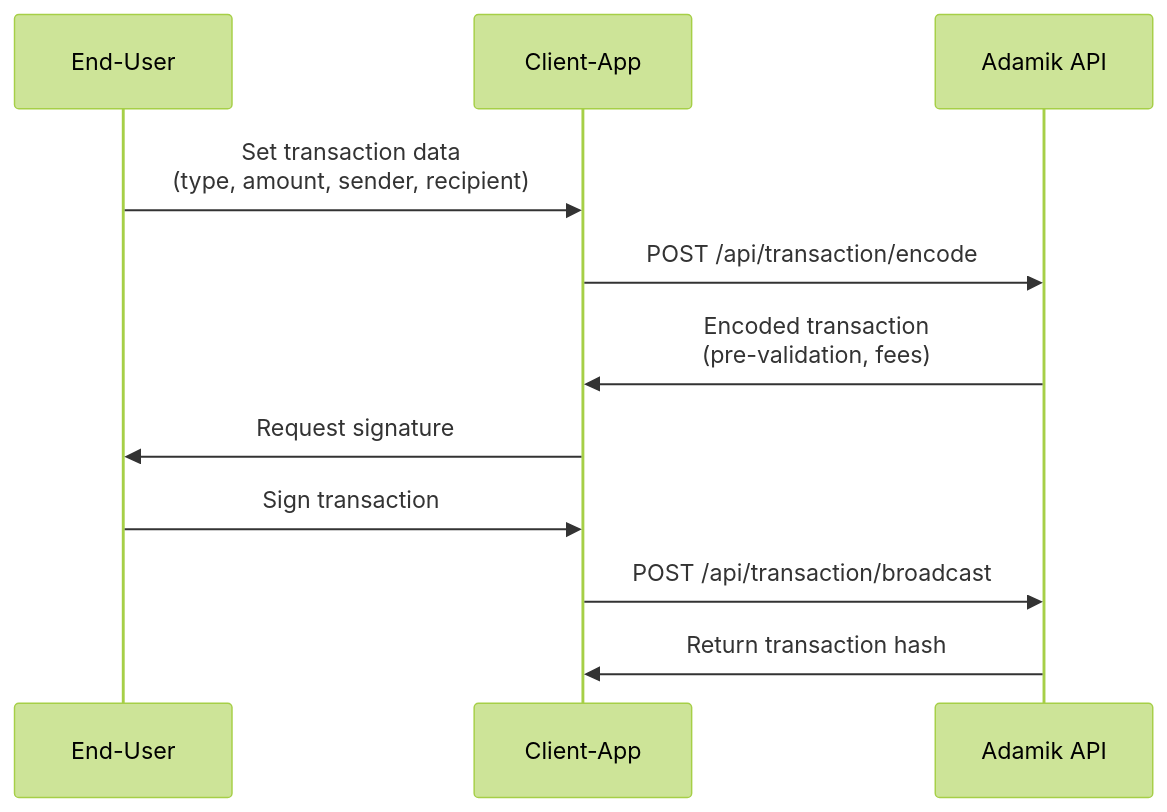
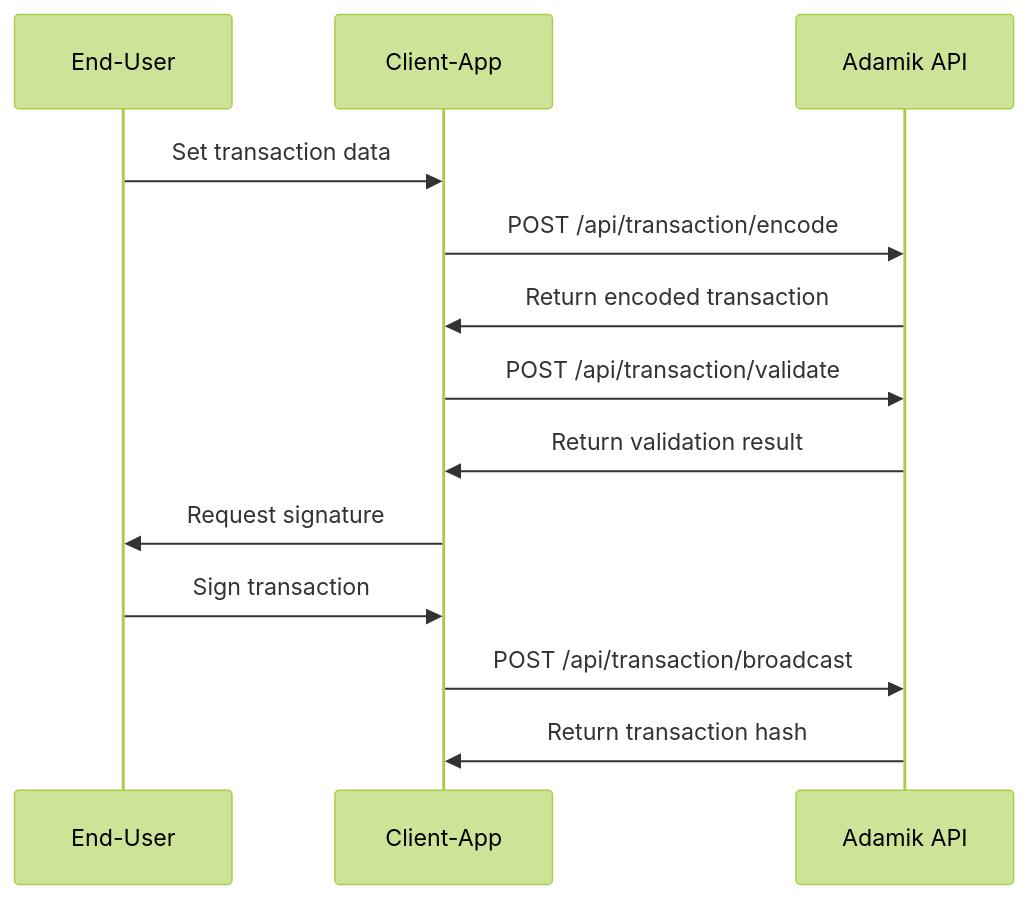
One commit to AdamikHQ/adamik-documentation changed the diagram in api_overview/write_API_overview_and_interaction_flow.mdx. Above: the diagram before and after it, drawn with Mermaid (forest theme). The commit also changed other lines of this file and 1 other file, not shown here.

````diff
--- a/api_overview/write_API_overview_and_interaction_flow.mdx
+++ b/api_overview/write_API_overview_and_interaction_flow.mdx
@@ -8,19 +34,23 @@
 ```mermaid
 sequenceDiagram
     participant USER as End-User
     participant CLIENT as Client-App
     participant ADAMIK as Adamik API
 
     %% Transaction Preparation %%
-    USER->>CLIENT: Set transaction data <br/>(type, amount, sender, recipient)
+    USER->>CLIENT: Set transaction data
     CLIENT->>ADAMIK: POST /api/transaction/encode
-    ADAMIK->>CLIENT: Encoded transaction <br/>(pre-validation, fees)
+    ADAMIK->>CLIENT: Return encoded transaction
+
+    %% Optional Validation %%
+    CLIENT->>ADAMIK: POST /api/transaction/validate
+    ADAMIK->>CLIENT: Return validation result
 
     %% Signature Process %%
     CLIENT->>USER: Request signature
     USER->>CLIENT: Sign transaction
 
     %% Broadcasting %%
     CLIENT->>ADAMIK: POST /api/transaction/broadcast
     ADAMIK->>CLIENT: Return transaction hash
 ```
````
